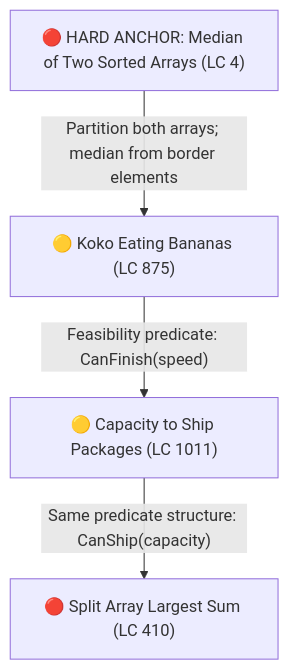
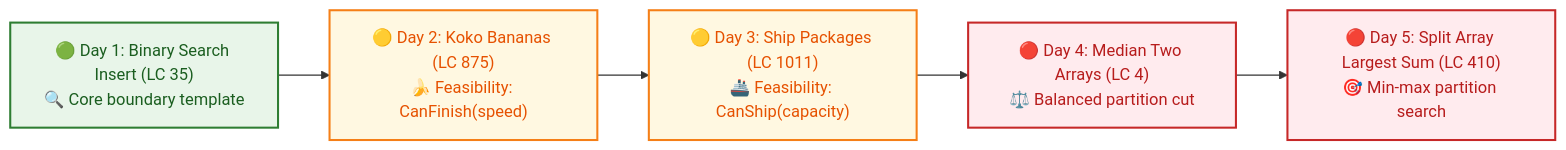
Before and after one commit to dip4k/DSA_102: the fifth of 19 diagrams in Senior_dsa_question_list.md, drawn with Mermaid. The commit also changed other lines of this file and 332 other files, not shown here.

````diff
--- a/Senior_dsa_question_list.md
+++ b/Senior_dsa_question_list.md
@@ -164,6 +192,14 @@
 ```mermaid
-flowchart TD
-    A["🔴 HARD ANCHOR: Median of Two Sorted Arrays (LC 4)"] -->|"Partition both arrays; median from border elements"| B["🟡 Koko Eating Bananas (LC 875)"]
-    B -->|"Feasibility predicate: CanFinish(speed)"| C["🟡 Capacity to Ship Packages (LC 1011)"]
-    C -->|"Same predicate structure: CanShip(capacity)"| D["🔴 Split Array Largest Sum (LC 410)"]
+flowchart LR
+    classDef startNode fill:#e8f5e9,stroke:#2e7d32,stroke-width:2px,color:#1b5e20
+    classDef midNode fill:#fff8e1,stroke:#f57f17,stroke-width:2px,color:#e65100
+    classDef hardNode fill:#ffebee,stroke:#c62828,stroke-width:2px,color:#b71c1c
+
+    A["🟢 Day 1: Binary Search Insert (LC 35)<br/>🔍 Core boundary template"]:::startNode
+    B["🟡 Day 2: Koko Bananas (LC 875)<br/>🍌 Feasibility: CanFinish(speed)"]:::midNode
+    C["🟡 Day 3: Ship Packages (LC 1011)<br/>🚢 Feasibility: CanShip(capacity)"]:::midNode
+    D["🔴 Day 4: Median Two Arrays (LC 4)<br/>⚖️ Balanced partition cut"]:::hardNode
+    E["🔴 Day 5: Split Array Largest Sum (LC 410)<br/>🎯 Min-max partition search"]:::hardNode
+
+    A --> B --> C --> D --> E
 ```
````
